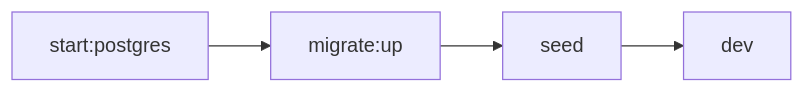
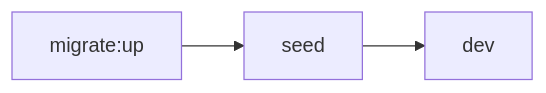
One commit to fadhlidev/workspace changed the first of 2 diagrams in README.md. Above: the diagram before and after it, drawn with Mermaid. The commit also changed other lines of this file and 123 other files, not shown here.

First line of the commit message:
refactor: restructure project into route-group based architecture

````diff
--- a/README.md
+++ b/README.md
@@ -65,6 +64,5 @@
 ```mermaid
 flowchart LR
-  A["start:postgres"] --> B["migrate:up"]
-  B --> C["seed"]
-  C --> D["dev"]
+  A["migrate:up"] --> B["seed"]
+  B --> C["dev"]
 ```
````
